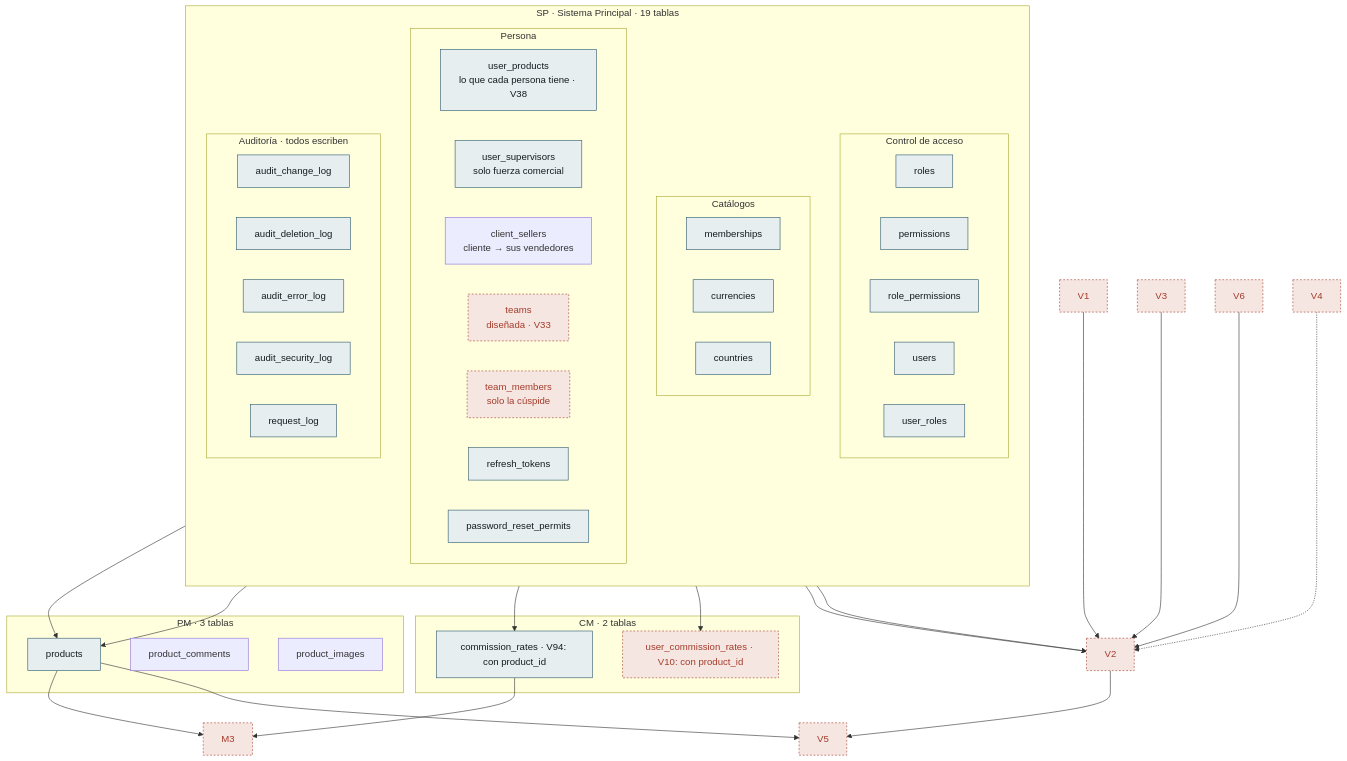
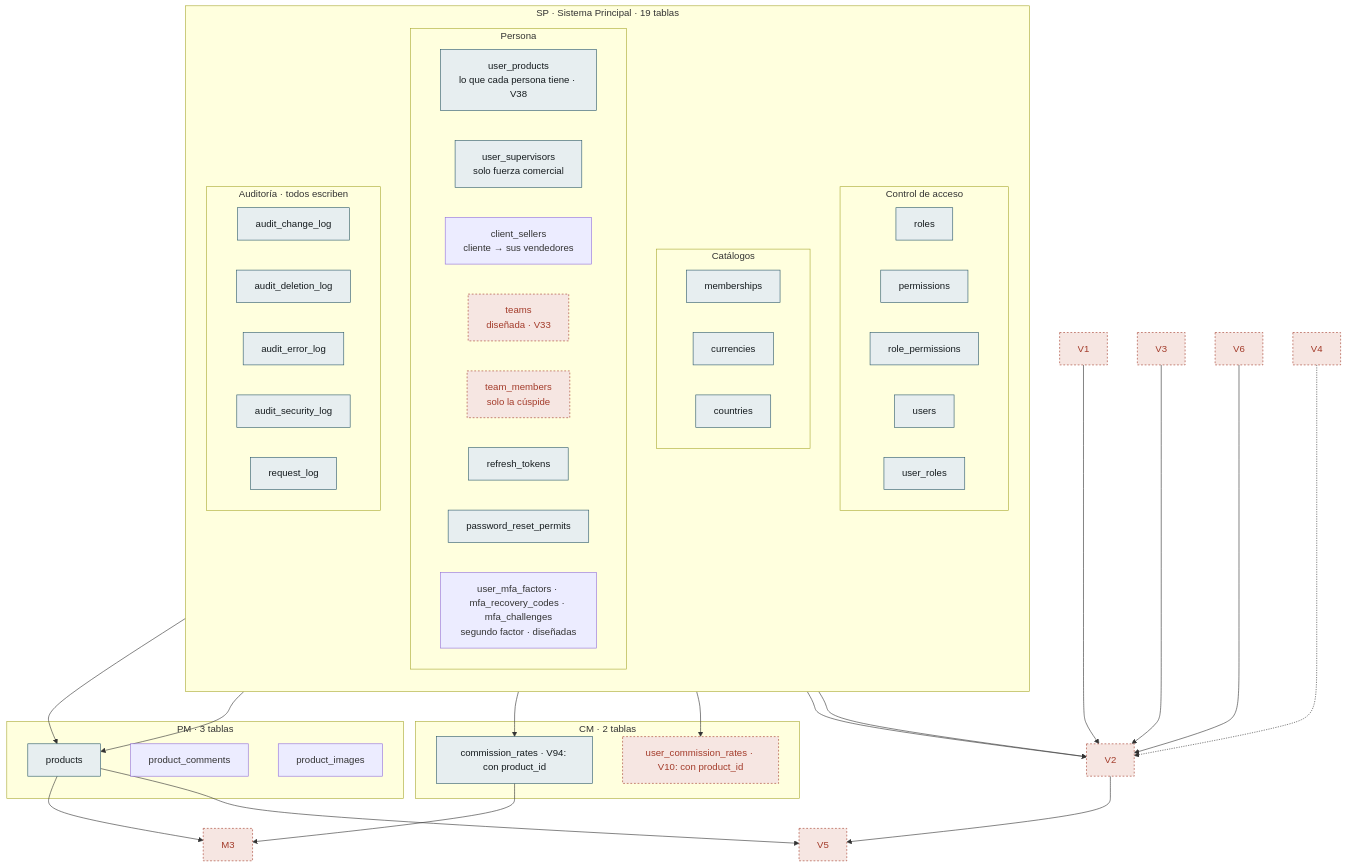
One commit to NexusPro-Dev/backend changed the sixth of 6 diagrams in docs/modelo-datos.md. Above: the diagram before and after it, drawn with Mermaid. The commit also changed other lines of this file and 4 other files, not shown here.

First line of the commit message:
docs(sp): el segundo factor con authenticator, obligatorio por rol (RF-SP-071 a RF-SP-077)

````diff
--- a/docs/modelo-datos.md
+++ b/docs/modelo-datos.md
@@ -835,72 +877,73 @@
 ```mermaid
 flowchart TB
     subgraph SP["SP · Sistema Principal · 19 tablas"]
         direction TB
         subgraph ACC["Control de acceso"]
             direction LR
             A1["roles"]
             A2["permissions"]
             A3["role_permissions"]
             C1["users"]
             C2["user_roles"]
         end
         subgraph CAT["Catálogos"]
             direction LR
             A4["memberships"]
             A5["currencies"]
             A6["countries"]
         end
         subgraph PER["Persona"]
             direction LR
             C6["user_products<br/>lo que cada persona tiene · V38"]
             C4["user_supervisors<br/>solo fuerza comercial"]
             C7["client_sellers<br/>cliente → sus vendedores"]
             C8["teams<br/>diseñada · V33"]
             C9["team_members<br/>solo la cúspide"]
             C3["refresh_tokens"]
             C5["password_reset_permits"]
+            C10["user_mfa_factors · mfa_recovery_codes · mfa_challenges<br/>segundo factor · diseñadas"]
         end
         subgraph AUD["Auditoría · todos escriben"]
             direction LR
             B1["audit_change_log"]
             B2["audit_deletion_log"]
             B3["audit_error_log"]
             B4["audit_security_log"]
             OBS["request_log"]
         end
     end
 
     subgraph PM["PM · 3 tablas"]
         P1["products"]
         P2["product_comments"]
         P3["product_images"]
     end
 
     subgraph CM["CM · 2 tablas"]
         M1["commission_rates · V94: con product_id"]
         M2["user_commission_rates · V10: con product_id"]
     end
 
 
     A4 --> P1
     A5 --> P1
     A1 --> M1
     M1 --> M3
     P1 --> M3
     C1 --> M2
     V2 --> V5
     P1 --> V5
     C1 --> V2
     A5 --> V2
     V1 --> V2
     V3 --> V2
     V6 --> V2
     V4 -.-> V2
 
     classDef escrita fill:#e7eef0,stroke:#2d5a6b,color:#151b1e
     classDef disenada fill:#f6e6e2,stroke:#a33b2a,stroke-dasharray:3 3,color:#a33b2a
     class A1,A2,A3,A4,A5,A6,B1,B2,B3,B4,C1,C2,C3,C4,C5,C6,OBS,P1,M1 escrita
     class C8,C9 disenada
     class M2,M3 disenada
     class V1,V2,V3,V4,V5,V6 disenada
 ```
````
